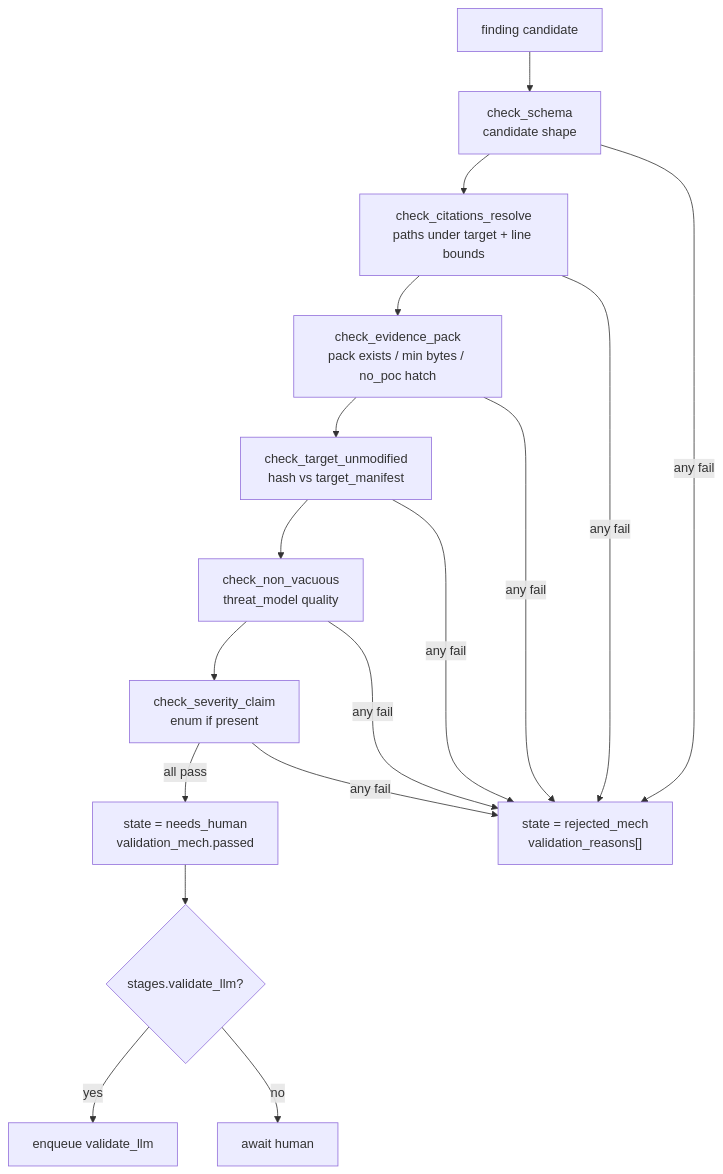
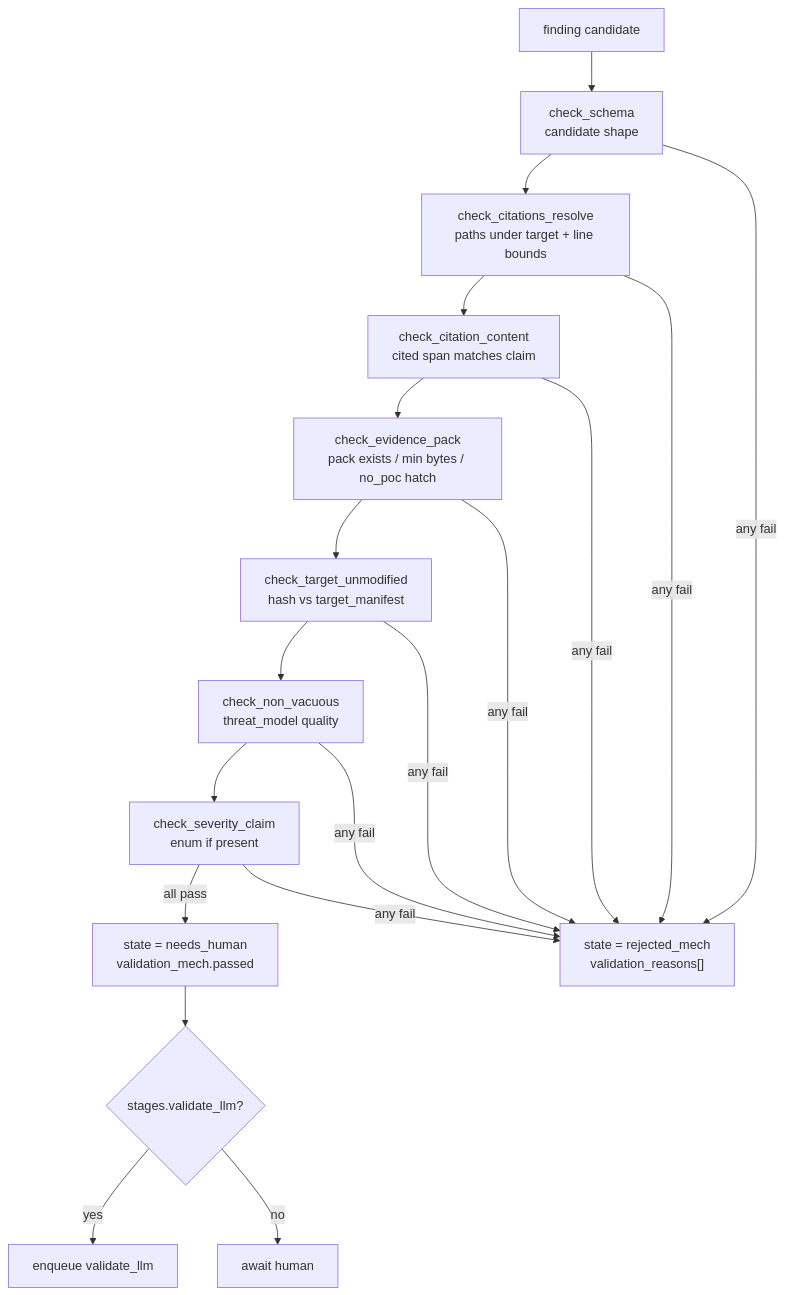
Before and after one commit to EndsHunter/VulnForge: diagram 16 of 19 in docs/AGENTS_MAP.md, drawn with Mermaid. The commit also changed other lines of this file and 23 other files, not shown here.

````diff
--- a/docs/AGENTS_MAP.md
+++ b/docs/AGENTS_MAP.md
@@ -696,20 +697,21 @@
 ```mermaid
 flowchart TD
   F["finding candidate"]
   C1["check_schema\ncandidate shape"]
   C2["check_citations_resolve\npaths under target + line bounds"]
-  C3["check_evidence_pack\npack exists / min bytes / no_poc hatch"]
-  C4["check_target_unmodified\nhash vs target_manifest"]
-  C5["check_non_vacuous\nthreat_model quality"]
-  C6["check_severity_claim\nenum if present"]
+  C3["check_citation_content\ncited span matches claim"]
+  C4["check_evidence_pack\npack exists / min bytes / no_poc hatch"]
+  C5["check_target_unmodified\nhash vs target_manifest"]
+  C6["check_non_vacuous\nthreat_model quality"]
+  C7["check_severity_claim\nenum if present"]
   Pass["state = needs_human\nvalidation_mech.passed"]
   Fail["state = rejected_mech\nvalidation_reasons[]"]
   Opt{"stages.validate_llm?"}
 
-  F --> C1 --> C2 --> C3 --> C4 --> C5 --> C6
-  C1 & C2 & C3 & C4 & C5 & C6 -->|any fail| Fail
-  C6 -->|all pass| Pass
+  F --> C1 --> C2 --> C3 --> C4 --> C5 --> C6 --> C7
+  C1 & C2 & C3 & C4 & C5 & C6 & C7 -->|any fail| Fail
+  C7 -->|all pass| Pass
   Pass --> Opt
   Opt -->|yes| Enq["enqueue validate_llm"]
   Opt -->|no| Stop["await human"]
 ```
````
